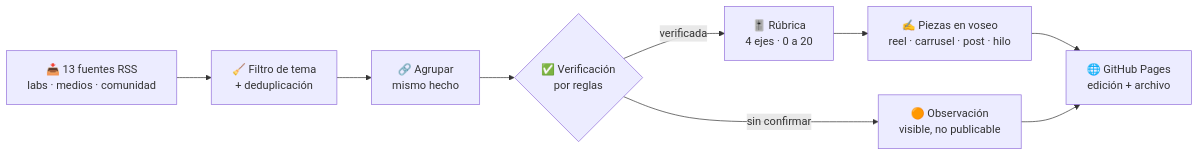
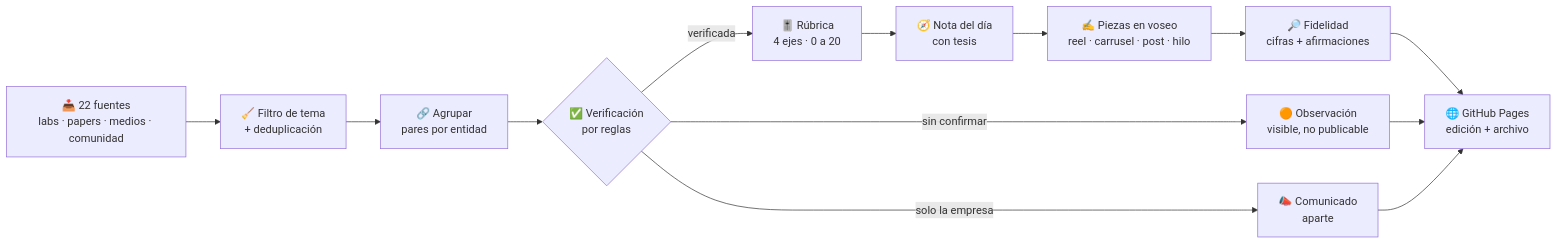
Before and after one commit to federicoramos67/Radar-Mutuo: the diagram in README.md, drawn with Mermaid. The commit also changed other lines of this file and 4 other files, not shown here.

First line of the commit message:
README y banner al día con Radar 2

````diff
--- a/README.md
+++ b/README.md
@@ -67,11 +82,15 @@
 ```mermaid
 flowchart LR
-    A["📥 13 fuentes RSS<br/>labs · medios · comunidad"] --> B["🧹 Filtro de tema<br/>+ deduplicación"]
-    B --> C["🔗 Agrupar<br/>mismo hecho"]
+    A["📥 22 fuentes<br/>labs · papers · medios · comunidad"] --> B["🧹 Filtro de tema<br/>+ deduplicación"]
+    B --> C["🔗 Agrupar<br/>pares por entidad"]
     C --> D{"✅ Verificación<br/>por reglas"}
     D -->|verificada| E["🎚️ Rúbrica<br/>4 ejes · 0 a 20"]
+    D -->|solo la empresa| K["📣 Comunicado<br/>aparte"]
     D -->|sin confirmar| F["🟠 Observación<br/>visible, no publicable"]
-    E --> G["✍️ Piezas en voseo<br/>reel · carrusel · post · hilo"]
-    G --> H["🌐 GitHub Pages<br/>edición + archivo"]
+    E --> N["🧭 Nota del día<br/>con tesis"]
+    N --> G["✍️ Piezas en voseo<br/>reel · carrusel · post · hilo"]
+    G --> Q["🔎 Fidelidad<br/>cifras + afirmaciones"]
+    Q --> H["🌐 GitHub Pages<br/>edición + archivo"]
     F --> H
+    K --> H
 ```
````
